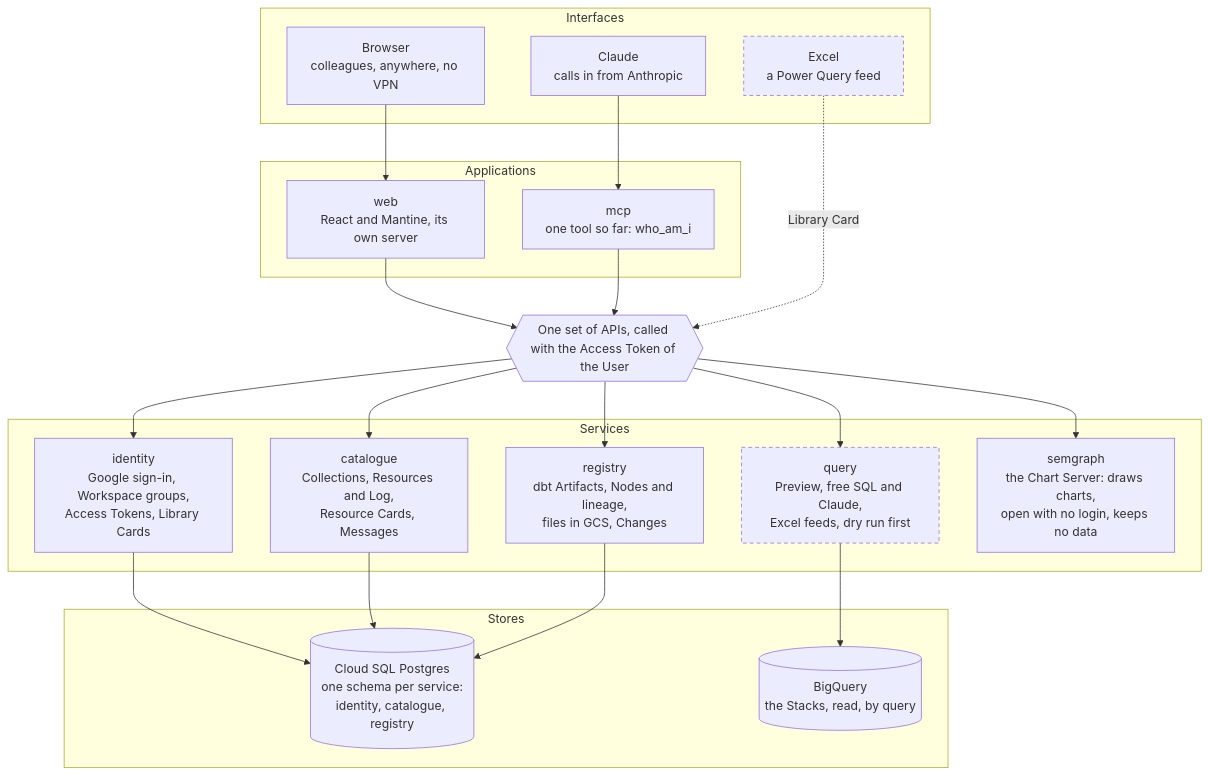
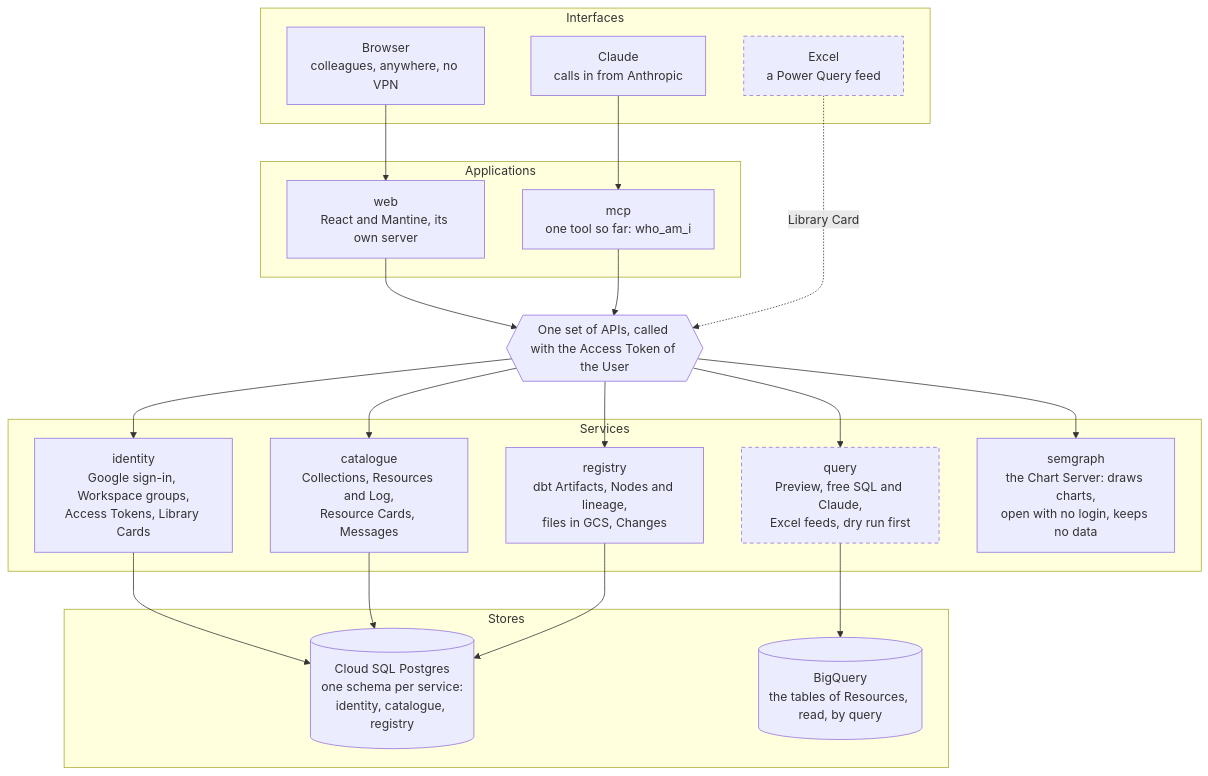
The second of 2 diagrams in docs/review/2026-10-25-functional-and-technical-review.md (immoscoop-be/immoscoop-dataplatform-datahub), drawn with Mermaid before and after one commit. The commit also changed other lines of this file and 41 other files, not shown here.

````diff
--- a/docs/review/2026-10-25-functional-and-technical-review.md
+++ b/docs/review/2026-10-25-functional-and-technical-review.md
@@ -144,34 +144,34 @@
 ```mermaid
 flowchart TB
   subgraph IF["Interfaces"]
     B["Browser<br/>colleagues, anywhere, no VPN"]
     C["Claude<br/>calls in from Anthropic"]
     X["Excel<br/>a Power Query feed"]
   end
   subgraph APPS["Applications"]
     WEB["web<br/>React and Mantine, its own server"]
     MCP["mcp<br/>one tool so far: who_am_i"]
   end
   API{{"One set of APIs, called with the Access Token of the User"}}
   subgraph SVC["Services"]
     ID["identity<br/>Google sign-in, Workspace groups,<br/>Access Tokens, Library Cards"]
     CAT["catalogue<br/>Collections, Resources and Log,<br/>Resource Cards, Messages"]
     REG["registry<br/>dbt Artifacts, Nodes and lineage,<br/>files in GCS, Changes"]
     Q["query<br/>Preview, free SQL and Claude,<br/>Excel feeds, dry run first"]
     SG["semgraph<br/>the Chart Server: draws charts,<br/>open with no login, keeps no data"]
   end
   subgraph ST["Stores"]
     PG[("Cloud SQL Postgres<br/>one schema per service:<br/>identity, catalogue, registry")]
-    BQ[("BigQuery<br/>the Stacks, read, by query")]
+    BQ[("BigQuery<br/>the tables of Resources, read, by query")]
   end
   B --> WEB --> API
   C --> MCP --> API
   X -. Library Card .-> API
   API --> ID & CAT & REG & Q & SG
   ID --> PG
   CAT --> PG
   REG --> PG
   Q --> BQ
   classDef planned stroke-dasharray:5 4
   class X,Q planned
 ```
````
